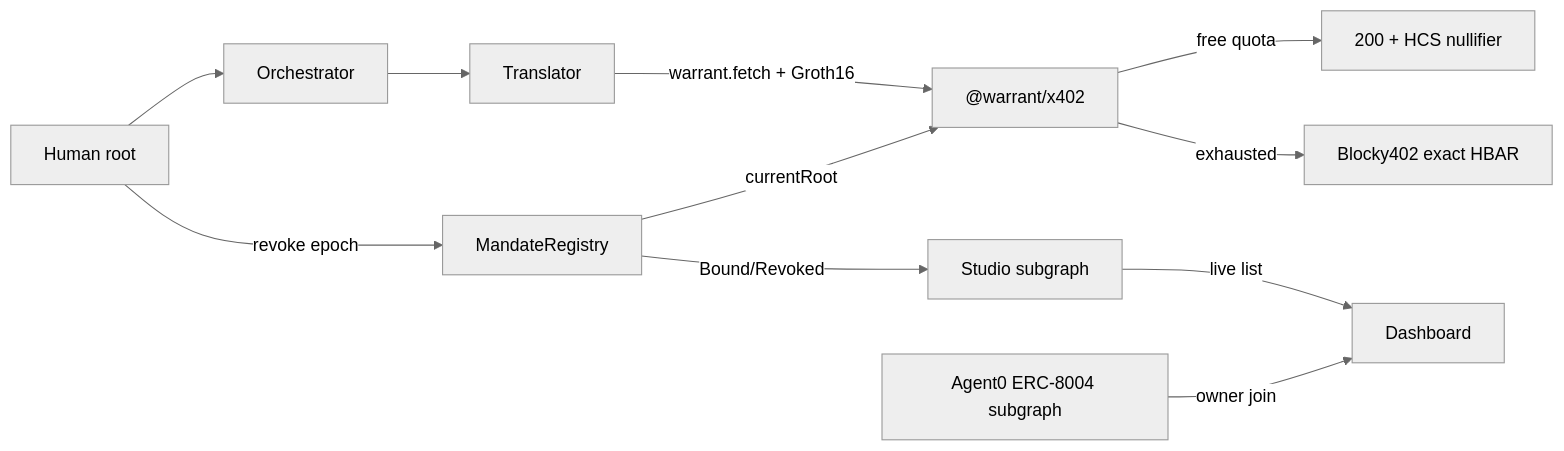
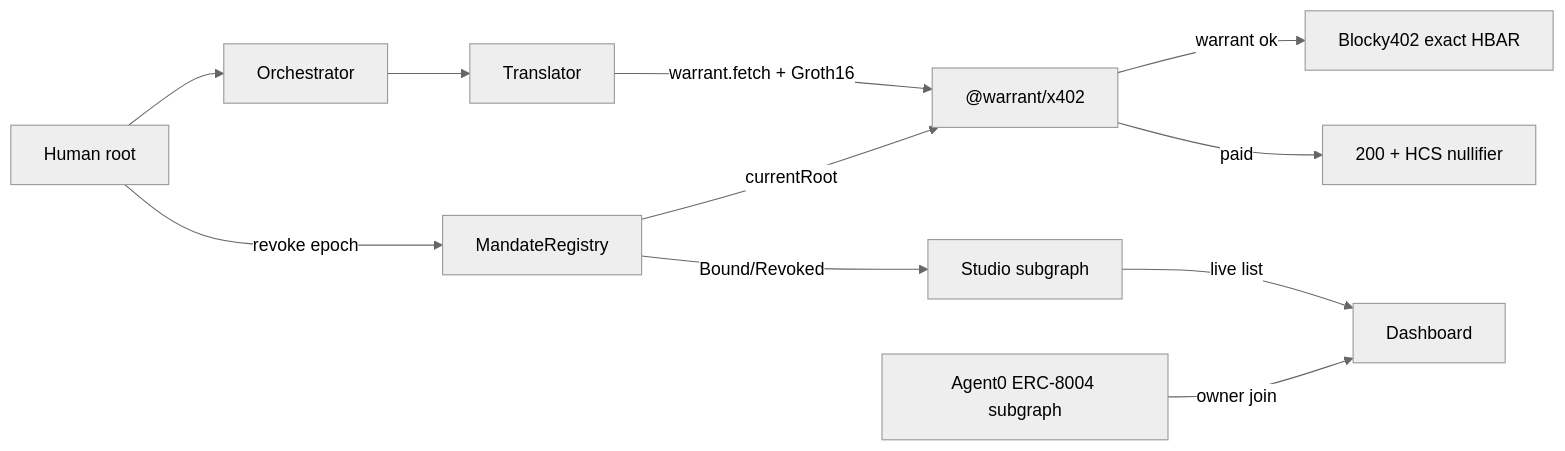
One commit to ronnakamoto/warrant changed the diagram in README.md. Above: the diagram before and after it, drawn with Mermaid (neutral theme). The commit also changed other lines of this file and 23 other files, not shown here.

````diff
--- a/README.md
+++ b/README.md
@@ -193,13 +197,13 @@
 ```mermaid
 flowchart LR
   Human[Human root] --> Orch[Orchestrator]
   Orch --> Trans[Translator]
   Trans -->|warrant.fetch + Groth16| X402["@warrant/x402"]
-  X402 -->|free quota| OK[200 + HCS nullifier]
-  X402 -->|exhausted| Pay[Blocky402 exact HBAR]
+  X402 -->|warrant ok| Pay[Blocky402 exact HBAR]
+  X402 -->|paid| OK[200 + HCS nullifier]
   Human -->|revoke epoch| Reg[MandateRegistry]
   Reg -->|currentRoot| X402
   Reg -->|Bound/Revoked| G[Studio subgraph]
   G -->|live list| Dash[Dashboard]
   A0[Agent0 ERC-8004 subgraph] -->|owner join| Dash
 ```
````
